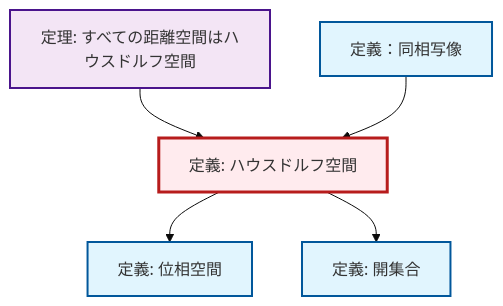
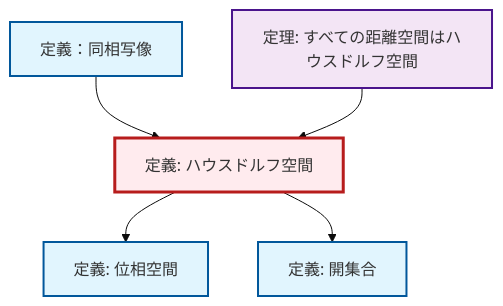
Before and after one commit to RK0429/ModernMath: the diagram in content/ja/topology/def-hausdorff.qmd, drawn with Mermaid (base theme). The commit also changed other lines of this file and 328 other files, not shown here.

````diff
--- a/content/ja/topology/def-hausdorff.qmd
+++ b/content/ja/topology/def-hausdorff.qmd
@@ -54,23 +54,23 @@
 ```{mermaid}
 %%| fig-cap: "ローカル依存関係グラフ"
 graph TD
     classDef definition fill:#e1f5fe,stroke:#01579b,stroke-width:2px
     classDef theorem fill:#f3e5f5,stroke:#4a148c,stroke-width:2px
     classDef axiom fill:#fff3e0,stroke:#e65100,stroke-width:2px
     classDef example fill:#e8f5e9,stroke:#1b5e20,stroke-width:2px
     classDef current fill:#ffebee,stroke:#b71c1c,stroke-width:3px
+    def-hausdorff["定義: ハウスドルフ空間"]:::definition
+    def-open-set["定義: 開集合"]:::definition
+    def-homeomorphism["定義：同相写像"]:::definition
     def-topological-space["定義: 位相空間"]:::definition
-    def-homeomorphism["定義：同相写像"]:::definition
     thm-metric-hausdorff["定理: すべての距離空間はハウスドルフ空間"]:::theorem
-    def-open-set["定義: 開集合"]:::definition
-    def-hausdorff["定義: ハウスドルフ空間"]:::definition
-    thm-metric-hausdorff --> def-hausdorff
     def-homeomorphism --> def-hausdorff
     def-hausdorff --> def-topological-space
+    thm-metric-hausdorff --> def-hausdorff
     def-hausdorff --> def-open-set
     class def-hausdorff current
+    click def-open-set "def-open-set.html" "開集合の定義へ"
+    click def-homeomorphism "def-homeomorphism.html" "定義：同相写像へ"
     click def-topological-space "def-topological-space.html" "位相空間の定義へ"
-    click def-homeomorphism "def-homeomorphism.html" "定義：同相写像へ"
     click thm-metric-hausdorff "thm-metric-hausdorff.html" "すべての距離空間はハウスドルフ空間の定理へ"
-    click def-open-set "def-open-set.html" "開集合の定義へ"
 ```
````
